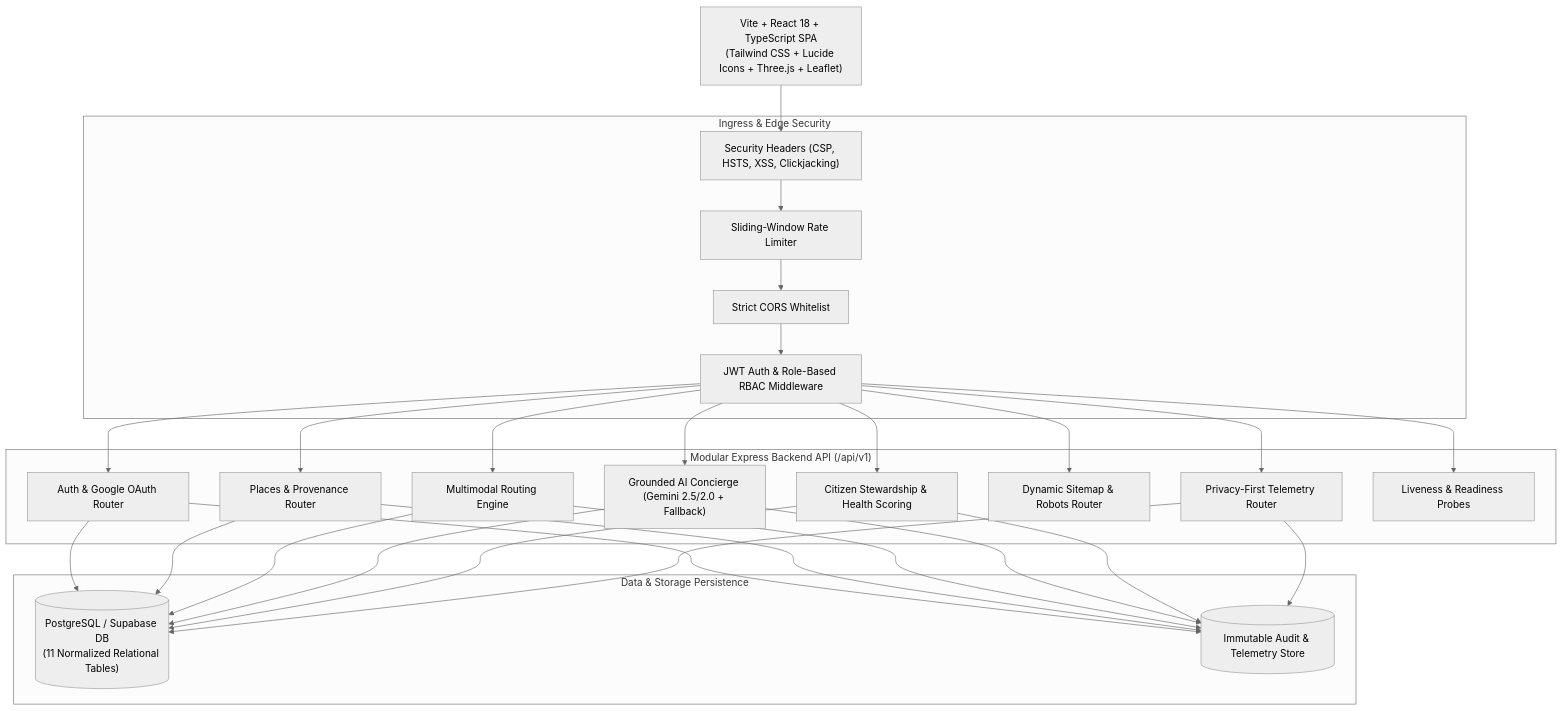
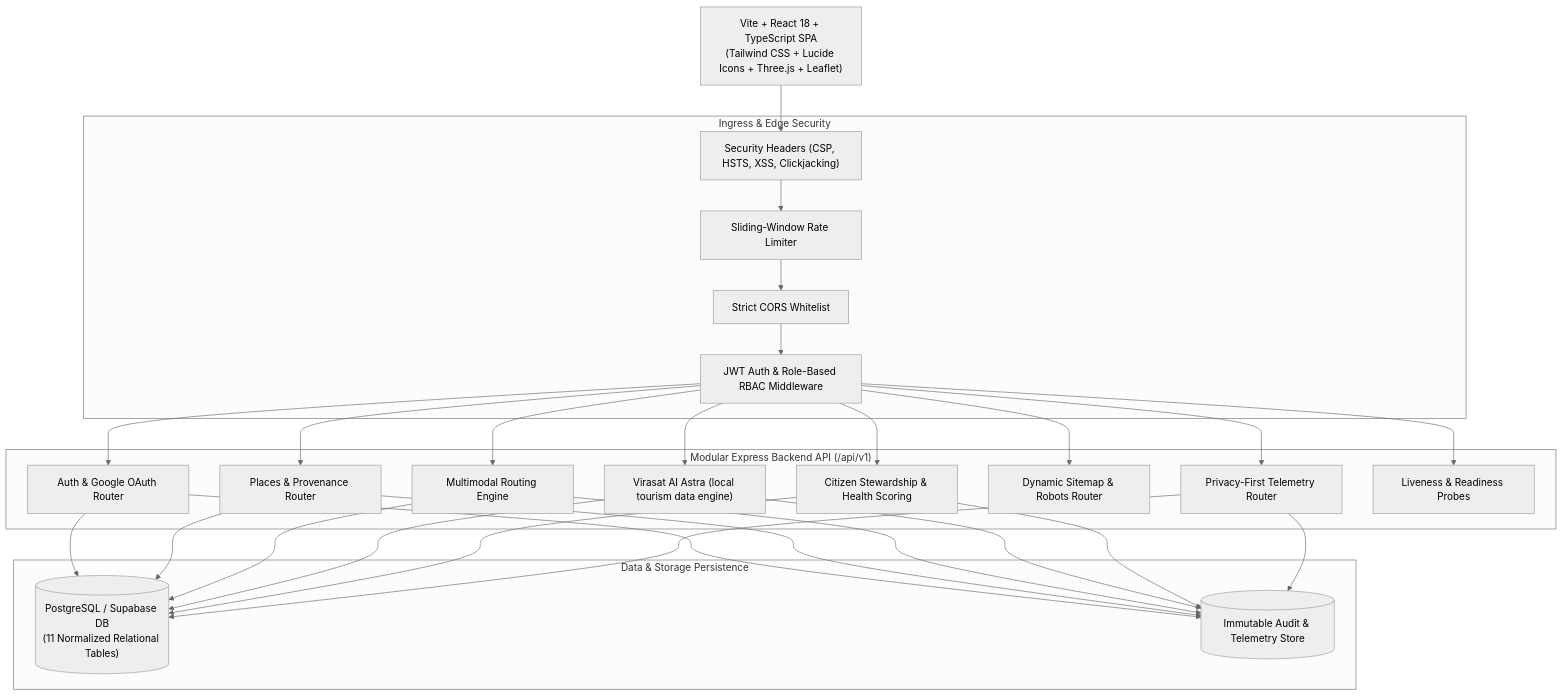
One commit to AbhibhavTech/Virasat-SIH-2026 changed the diagram in docs/sih-2026-pitch.md. Above: the diagram before and after it, drawn with Mermaid (neutral theme). The commit also changed 104 other files, not shown here.

Commit message:
feat: complete Virasat AI and tourism experience upgrades

````diff
--- a/docs/sih-2026-pitch.md
+++ b/docs/sih-2026-pitch.md
@@ -43,31 +43,31 @@
 ```mermaid
 graph TD
     Client["Vite + React 18 + TypeScript SPA<br/>(Tailwind CSS + Lucide Icons + Three.js + Leaflet)"]
     
     subgraph "Ingress & Edge Security"
         SecHeaders["Security Headers (CSP, HSTS, XSS, Clickjacking)"]
         RateLimiter["Sliding-Window Rate Limiter"]
         CORS["Strict CORS Whitelist"]
         AuthMid["JWT Auth & Role-Based RBAC Middleware"]
     end
     
     subgraph "Modular Express Backend API (/api/v1)"
         AuthMod["Auth & Google OAuth Router"]
         PlacesMod["Places & Provenance Router"]
         RoutingMod["Multimodal Routing Engine"]
-        AIMod["Grounded AI Concierge (Gemini 2.5/2.0 + Fallback)"]
+        AIMod["Virasat AI Astra (local tourism data engine)"]
         ReportsMod["Citizen Stewardship & Health Scoring"]
         SEOMod["Dynamic Sitemap & Robots Router"]
         AnalyticsMod["Privacy-First Telemetry Router"]
         HealthMod["Liveness & Readiness Probes"]
     end
     
     subgraph "Data & Storage Persistence"
         PostgresDB[("PostgreSQL / Supabase DB<br/>(11 Normalized Relational Tables)")]
         AuditStore[("Immutable Audit & Telemetry Store")]
     end
 
     Client --> SecHeaders --> RateLimiter --> CORS --> AuthMid
     AuthMid --> AuthMod & PlacesMod & RoutingMod & AIMod & ReportsMod & SEOMod & AnalyticsMod & HealthMod
     AuthMod & PlacesMod & RoutingMod & AIMod & ReportsMod & AnalyticsMod --> PostgresDB & AuditStore
 ```
````
